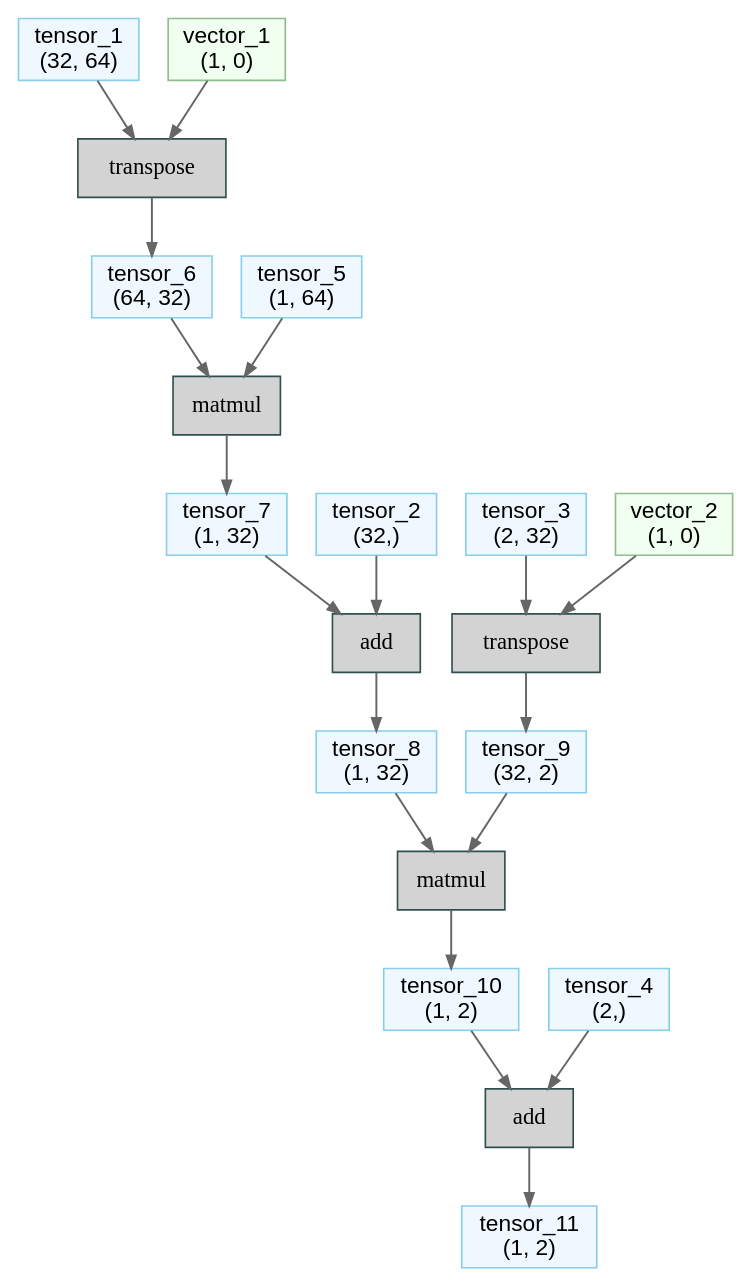
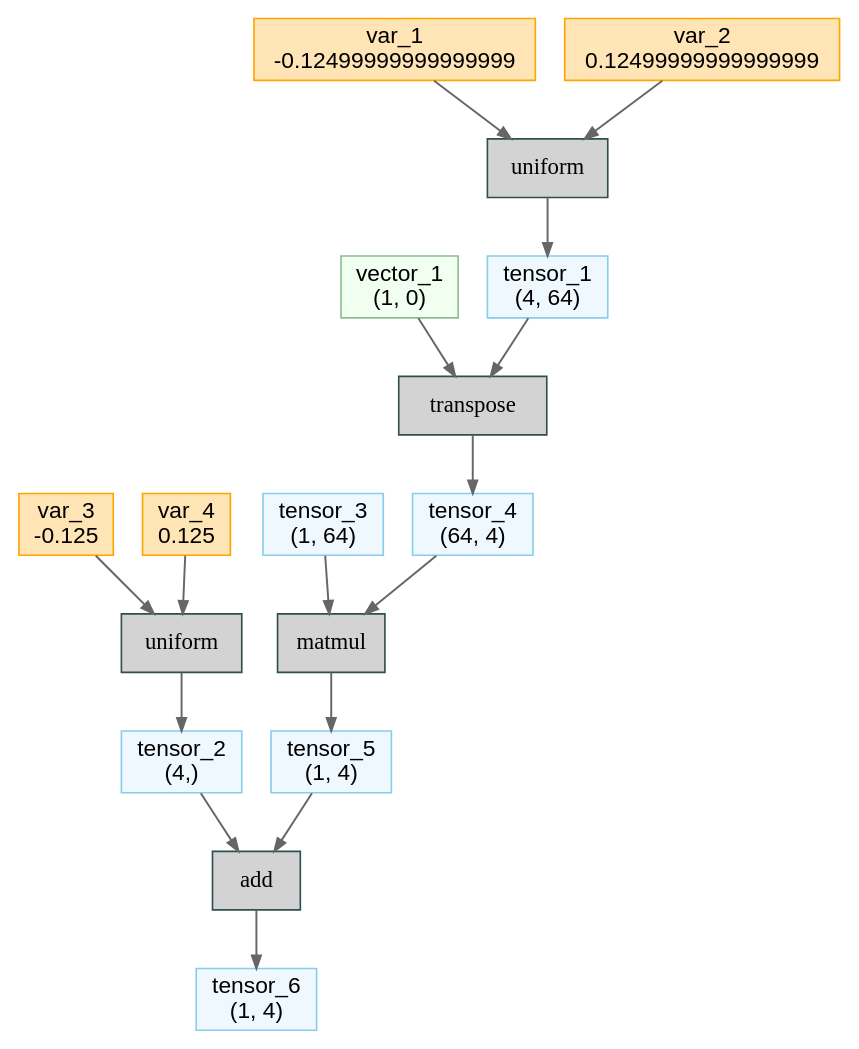
One commit to zhaziqwe/deepx changed the diagram in front/py/examples/3_module/linear.dot. Above: the diagram before and after it, drawn with Graphviz. The commit also changed 5 other files, not shown here.

```diff
--- a/front/py/examples/3_module/linear.dot
+++ b/front/py/examples/3_module/linear.dot
@@ -1,55 +1,47 @@
 // Computational Graph
 digraph {
 	rankdir=TB
 	node [shape=record]
-	135820316918448 [label="tensor_1
-(32, 64)" color=skyblue fillcolor=aliceblue fontname="Sans-Serif" labeljust=l shape=box style=filled]
-	135820316918736 [label="tensor_2
-(32,)" color=skyblue fillcolor=aliceblue fontname="Sans-Serif" labeljust=l shape=box style=filled]
-	135820316918592 [label="tensor_3
-(2, 32)" color=skyblue fillcolor=aliceblue fontname="Sans-Serif" labeljust=l shape=box style=filled]
-	135820316918928 [label="tensor_4
-(2,)" color=skyblue fillcolor=aliceblue fontname="Sans-Serif" labeljust=l shape=box style=filled]
-	135820316919120 [label="tensor_5
+	126836298434400 [label="tensor_1
+(4, 64)" color=skyblue fillcolor=aliceblue fontname="Sans-Serif" labeljust=l shape=box style=filled]
+	126836299154480 [label="tensor_2
+(4,)" color=skyblue fillcolor=aliceblue fontname="Sans-Serif" labeljust=l shape=box style=filled]
+	126836299154432 [label="var_1
+-0.12499999999999999" color=orange fillcolor=moccasin fontname="Sans-Serif" labeljust=l shape=box style=filled]
+	126836299154624 [label="var_2
+0.12499999999999999" color=orange fillcolor=moccasin fontname="Sans-Serif" labeljust=l shape=box style=filled]
+	126836299154000 [label=uniform color=darkslategray fillcolor=lightgray fontname="Courier Bold" labeljust=l shape=box style=filled]
+	126836299154528 [label="var_3
+-0.125" color=orange fillcolor=moccasin fontname="Sans-Serif" labeljust=l shape=box style=filled]
+	126836299154336 [label="var_4
+0.125" color=orange fillcolor=moccasin fontname="Sans-Serif" labeljust=l shape=box style=filled]
+	126836299154720 [label=uniform color=darkslategray fillcolor=lightgray fontname="Courier Bold" labeljust=l shape=box style=filled]
+	126836299154912 [label="tensor_3
 (1, 64)" color=skyblue fillcolor=aliceblue fontname="Sans-Serif" labeljust=l shape=box style=filled]
-	135820316919360 [label="tensor_6
-(64, 32)" color=skyblue fillcolor=aliceblue fontname="Sans-Serif" labeljust=l shape=box style=filled]
-	135820316919312 [label="vector_1
+	126836299155152 [label="tensor_4
+(64, 4)" color=skyblue fillcolor=aliceblue fontname="Sans-Serif" labeljust=l shape=box style=filled]
+	126836299155104 [label="vector_1
 (1, 0)" color=darkseagreen fillcolor=honeydew fontname="Sans-Serif" labeljust=l shape=box style=filled]
-	135820316919456 [label=transpose color=darkslategray fillcolor=lightgray fontname="Courier Bold" labeljust=l shape=box style=filled]
-	135820316919648 [label="tensor_7
-(1, 32)" color=skyblue fillcolor=aliceblue fontname="Sans-Serif" labeljust=l shape=box style=filled]
-	135820316919744 [label=matmul color=darkslategray fillcolor=lightgray fontname="Courier Bold" labeljust=l shape=box style=filled]
-	135820316920608 [label="tensor_8
-(1, 32)" color=skyblue fillcolor=aliceblue fontname="Sans-Serif" labeljust=l shape=box style=filled]
-	135820316920704 [label=add color=darkslategray fillcolor=lightgray fontname="Courier Bold" labeljust=l shape=box style=filled]
-	135820316920944 [label="tensor_9
-(32, 2)" color=skyblue fillcolor=aliceblue fontname="Sans-Serif" labeljust=l shape=box style=filled]
-	135820316920896 [label="vector_2
-(1, 0)" color=darkseagreen fillcolor=honeydew fontname="Sans-Serif" labeljust=l shape=box style=filled]
-	135820316921040 [label=transpose color=darkslategray fillcolor=lightgray fontname="Courier Bold" labeljust=l shape=box style=filled]
-	135820316921232 [label="tensor_10
-(1, 2)" color=skyblue fillcolor=aliceblue fontname="Sans-Serif" labeljust=l shape=box style=filled]
-	135820316921328 [label=matmul color=darkslategray fillcolor=lightgray fontname="Courier Bold" labeljust=l shape=box style=filled]
-	135820316921520 [label="tensor_11
-(1, 2)" color=skyblue fillcolor=aliceblue fontname="Sans-Serif" labeljust=l shape=box style=filled]
-	135820316921616 [label=add color=darkslategray fillcolor=lightgray fontname="Courier Bold" labeljust=l shape=box style=filled]
-	135820316919456 -> 135820316919360 [arrowsize=0.8 color=gray40 penwidth=1.2]
-	135820316918448 -> 135820316919456 [arrowsize=0.8 color=gray40 penwidth=1.2]
-	135820316919312 -> 135820316919456 [arrowsize=0.8 color=gray40 penwidth=1.2]
-	135820316919744 -> 135820316919648 [arrowsize=0.8 color=gray40 penwidth=1.2]
-	135820316919120 -> 135820316919744 [arrowsize=0.8 color=gray40 penwidth=1.2]
-	135820316919360 -> 135820316919744 [arrowsize=0.8 color=gray40 penwidth=1.2]
-	135820316920704 -> 135820316920608 [arrowsize=0.8 color=gray40 penwidth=1.2]
-	135820316919648 -> 135820316920704 [arrowsize=0.8 color=gray40 penwidth=1.2]
-	135820316918736 -> 135820316920704 [arrowsize=0.8 color=gray40 penwidth=1.2]
-	135820316921040 -> 135820316920944 [arrowsize=0.8 color=gray40 penwidth=1.2]
-	135820316918592 -> 135820316921040 [arrowsize=0.8 color=gray40 penwidth=1.2]
-	135820316920896 -> 135820316921040 [arrowsize=0.8 color=gray40 penwidth=1.2]
-	135820316921328 -> 135820316921232 [arrowsize=0.8 color=gray40 penwidth=1.2]
-	135820316920608 -> 135820316921328 [arrowsize=0.8 color=gray40 penwidth=1.2]
-	135820316920944 -> 135820316921328 [arrowsize=0.8 color=gray40 penwidth=1.2]
-	135820316921616 -> 135820316921520 [arrowsize=0.8 color=gray40 penwidth=1.2]
-	135820316921232 -> 135820316921616 [arrowsize=0.8 color=gray40 penwidth=1.2]
-	135820316918928 -> 135820316921616 [arrowsize=0.8 color=gray40 penwidth=1.2]
+	126836299155248 [label=transpose color=darkslategray fillcolor=lightgray fontname="Courier Bold" labeljust=l shape=box style=filled]
+	126836299155440 [label="tensor_5
+(1, 4)" color=skyblue fillcolor=aliceblue fontname="Sans-Serif" labeljust=l shape=box style=filled]
+	126836299155536 [label=matmul color=darkslategray fillcolor=lightgray fontname="Courier Bold" labeljust=l shape=box style=filled]
+	126836299155728 [label="tensor_6
+(1, 4)" color=skyblue fillcolor=aliceblue fontname="Sans-Serif" labeljust=l shape=box style=filled]
+	126836299155824 [label=add color=darkslategray fillcolor=lightgray fontname="Courier Bold" labeljust=l shape=box style=filled]
+	126836299154000 -> 126836298434400 [arrowsize=0.8 color=gray40 penwidth=1.2]
+	126836299154720 -> 126836299154480 [arrowsize=0.8 color=gray40 penwidth=1.2]
+	126836299154432 -> 126836299154000 [arrowsize=0.8 color=gray40 penwidth=1.2]
+	126836299154624 -> 126836299154000 [arrowsize=0.8 color=gray40 penwidth=1.2]
+	126836299154528 -> 126836299154720 [arrowsize=0.8 color=gray40 penwidth=1.2]
+	126836299154336 -> 126836299154720 [arrowsize=0.8 color=gray40 penwidth=1.2]
+	126836299155248 -> 126836299155152 [arrowsize=0.8 color=gray40 penwidth=1.2]
+	126836298434400 -> 126836299155248 [arrowsize=0.8 color=gray40 penwidth=1.2]
+	126836299155104 -> 126836299155248 [arrowsize=0.8 color=gray40 penwidth=1.2]
+	126836299155536 -> 126836299155440 [arrowsize=0.8 color=gray40 penwidth=1.2]
+	126836299154912 -> 126836299155536 [arrowsize=0.8 color=gray40 penwidth=1.2]
+	126836299155152 -> 126836299155536 [arrowsize=0.8 color=gray40 penwidth=1.2]
+	126836299155824 -> 126836299155728 [arrowsize=0.8 color=gray40 penwidth=1.2]
+	126836299155440 -> 126836299155824 [arrowsize=0.8 color=gray40 penwidth=1.2]
+	126836299154480 -> 126836299155824 [arrowsize=0.8 color=gray40 penwidth=1.2]
 }
```
